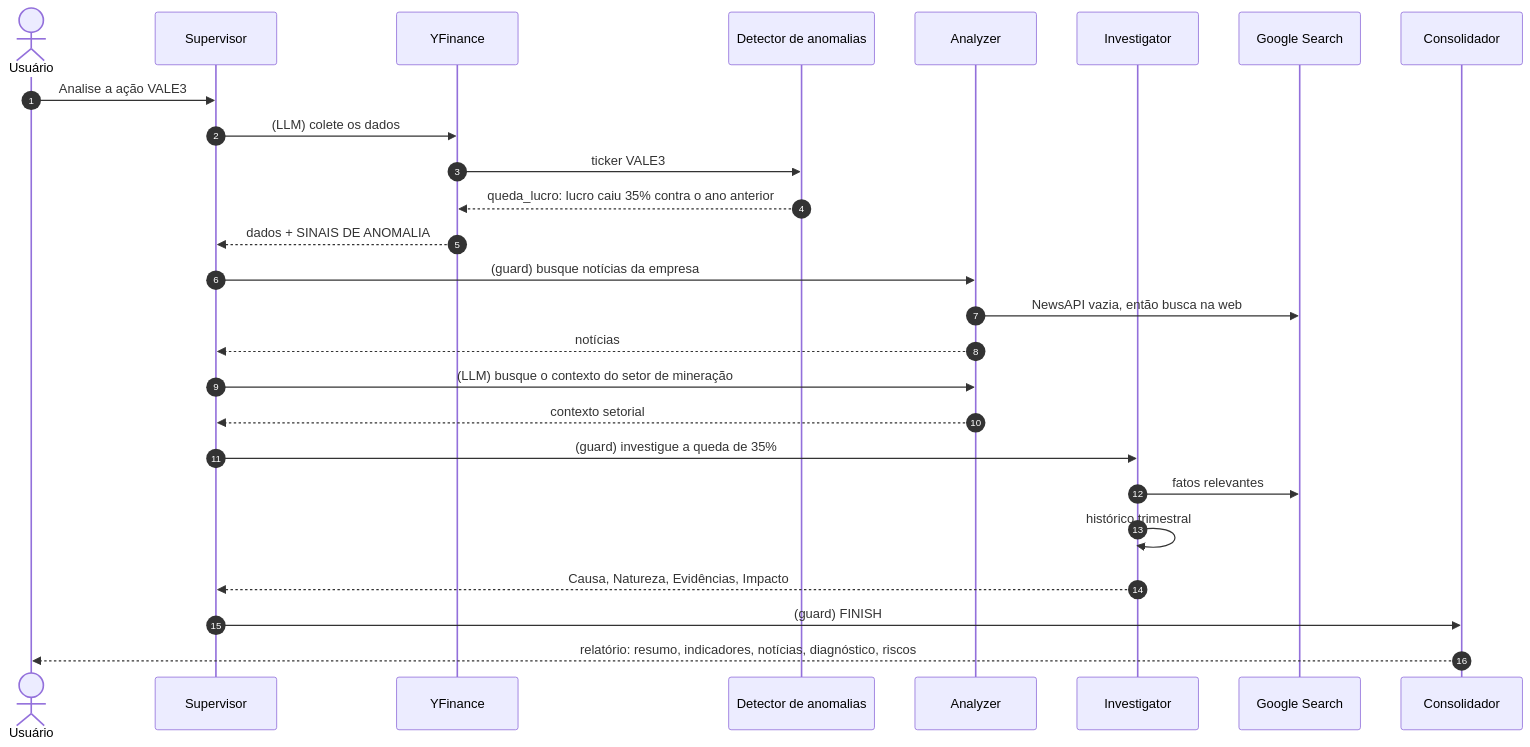
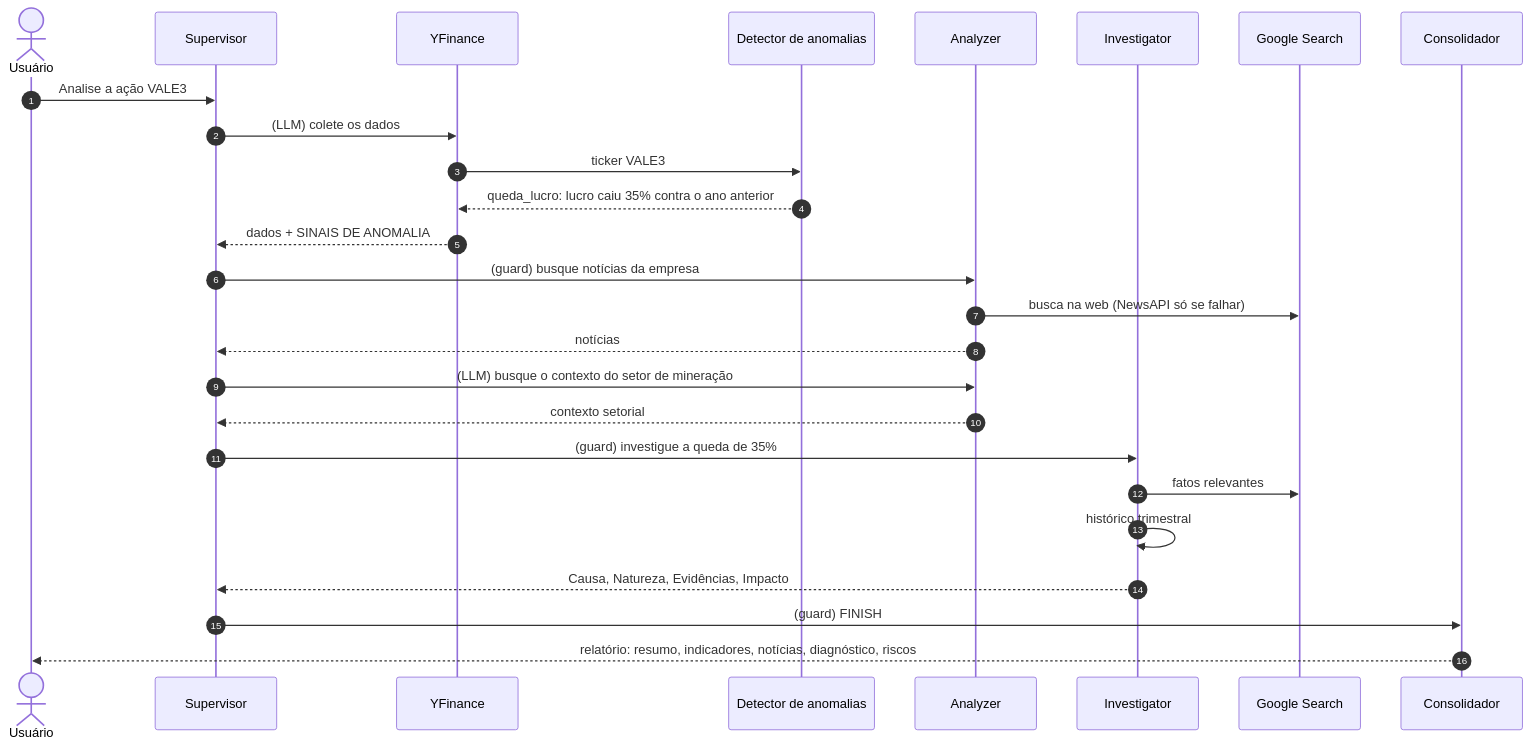
Before and after one commit to igorc22/pipeline-inteligencia-financeira-b3: the third of 5 diagrams in docs/arquitetura.md, drawn with Mermaid. The commit also changed other lines of this file and 5 other files, not shown here.

Commit message:
feat: analyzer busca na web primeiro e usa a NewsAPI como reserva

````diff
--- a/docs/arquitetura.md
+++ b/docs/arquitetura.md
@@ -102,29 +102,29 @@
 ```mermaid
 sequenceDiagram
     autonumber
     actor U as Usuário
     participant S as Supervisor
     participant Y as YFinance
     participant D as Detector de anomalias
     participant A as Analyzer
     participant I as Investigator
     participant W as Google Search
     participant C as Consolidador
 
     U->>S: Analise a ação VALE3
     S->>Y: (LLM) colete os dados
     Y->>D: ticker VALE3
     D-->>Y: queda_lucro: lucro caiu 35% contra o ano anterior
     Y-->>S: dados + SINAIS DE ANOMALIA
     S->>A: (guard) busque notícias da empresa
-    A->>W: NewsAPI vazia, então busca na web
+    A->>W: busca na web (NewsAPI só se falhar)
     A-->>S: notícias
     S->>A: (LLM) busque o contexto do setor de mineração
     A-->>S: contexto setorial
     S->>I: (guard) investigue a queda de 35%
     I->>W: fatos relevantes
     I->>I: histórico trimestral
     I-->>S: Causa, Natureza, Evidências, Impacto
     S->>C: (guard) FINISH
     C-->>U: relatório: resumo, indicadores, notícias, diagnóstico, riscos
 ```
````
